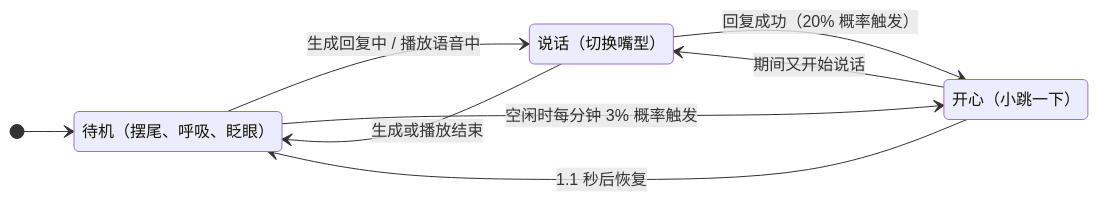
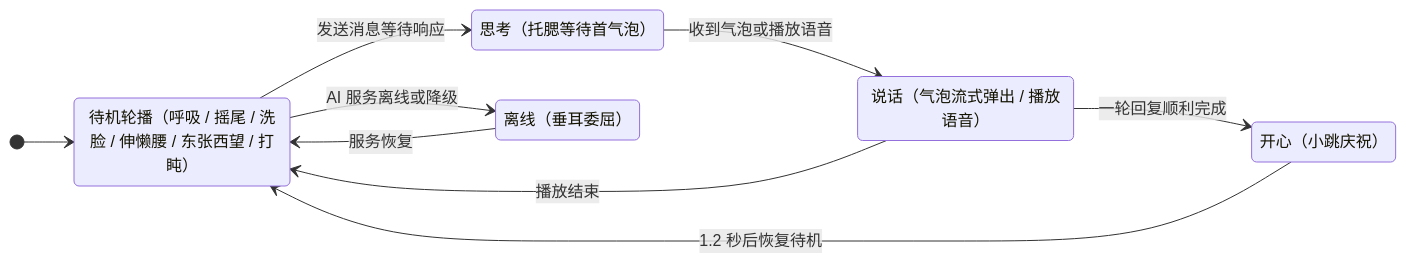
Before and after one commit to pluchon/link_cloudfare_website: the fifth of 15 diagrams in src/content/project/硅基计划 个人项目介绍 萌部落社区 AI全栈+奶糖助手.md, drawn with Mermaid. The commit also changed other lines of this file and 13 other files, not shown here.

````diff
--- a/src/content/project/硅基计划 个人项目介绍 萌部落社区 AI全栈+奶糖助手.md
+++ b/src/content/project/硅基计划 个人项目介绍 萌部落社区 AI全栈+奶糖助手.md
@@ -141,15 +143,18 @@
 ```mermaid
 stateDiagram-v2
     direction LR
-    state "待机（摆尾、呼吸、眨眼）" as Idle
-    state "说话（切换嘴型）" as Talk
-    state "开心（小跳一下）" as Cheer
+    state "待机轮播（呼吸 / 摇尾 / 洗脸 / 伸懒腰 / 东张西望 / 打盹）" as Idle
+    state "思考（托腮等待首气泡）" as Think
+    state "说话（气泡流式弹出 / 播放语音）" as Talk
+    state "开心（小跳庆祝）" as Happy
+    state "离线（垂耳委屈）" as Offline
 
     [*] --> Idle
-    Idle --> Talk: 生成回复中 / 播放语音中
-    Talk --> Idle: 生成或播放结束
-    Talk --> Cheer: 回复成功（20% 概率触发）
-    Idle --> Cheer: 空闲时每分钟 3% 概率触发
-    Cheer --> Idle: 1.1 秒后恢复
-    Cheer --> Talk: 期间又开始说话
+    Idle --> Think: 发送消息等待响应
+    Think --> Talk: 收到气泡或播放语音
+    Talk --> Happy: 一轮回复顺利完成
+    Happy --> Idle: 1.2 秒后恢复待机
+    Talk --> Idle: 播放结束
+    Idle --> Offline: AI 服务离线或降级
+    Offline --> Idle: 服务恢复
 ```
````
